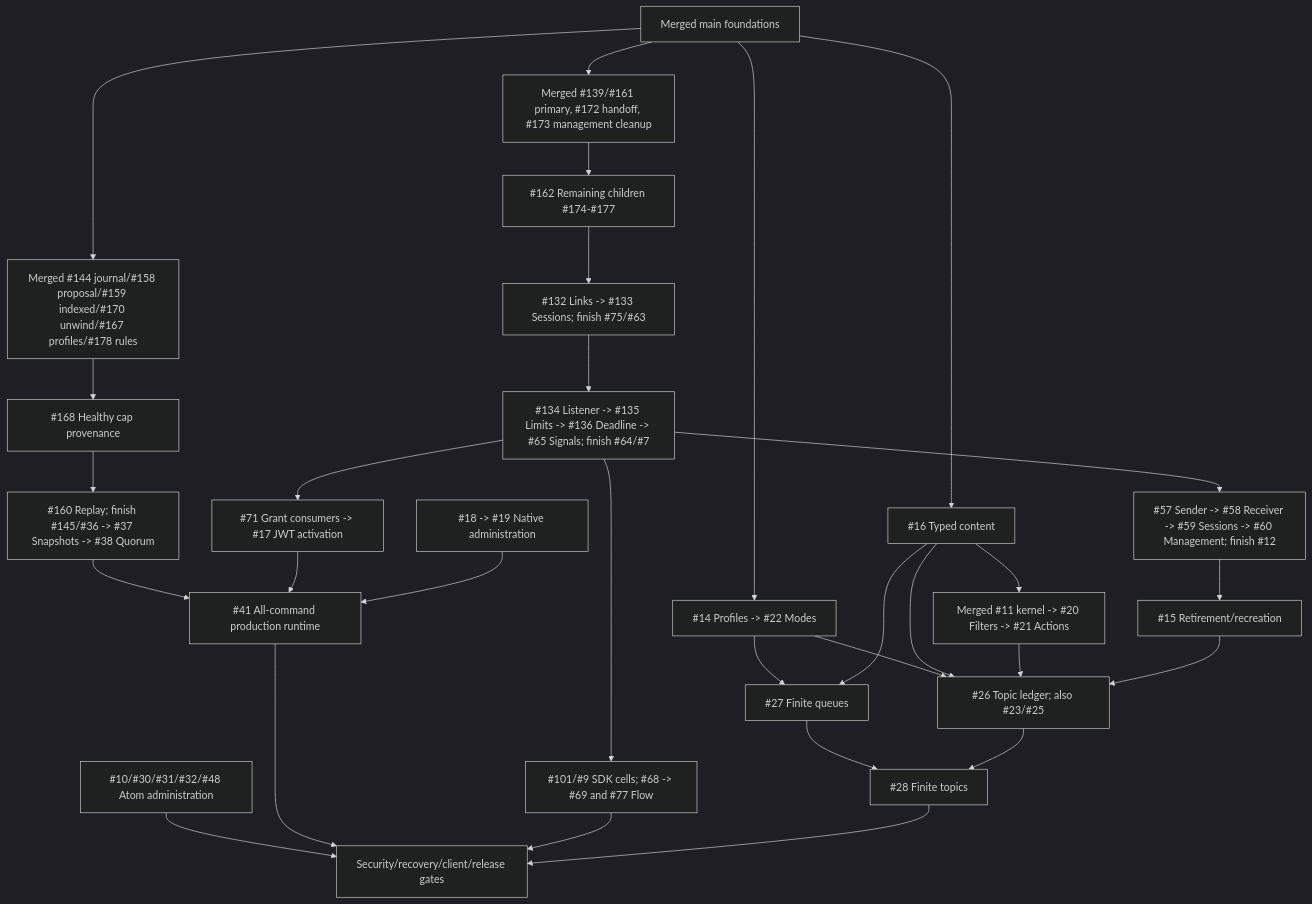
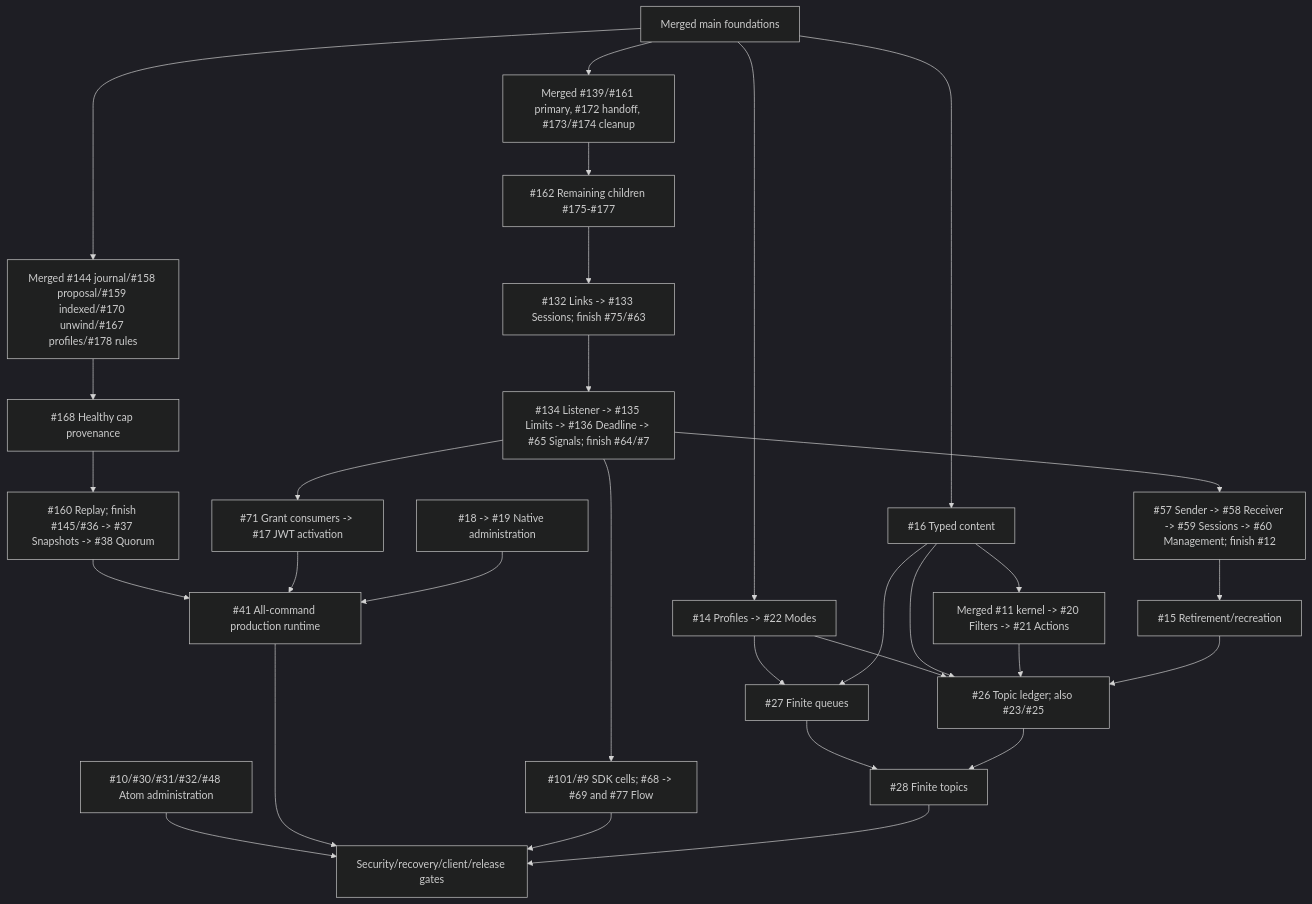
The diagram in docs/roadmap.md (DeandreT/switchyard), drawn with Mermaid (dark theme) before and after one commit. The commit also changed other lines of this file and 6 other files, not shown here.

````diff
--- a/docs/roadmap.md
+++ b/docs/roadmap.md
@@ -52,32 +53,32 @@
 ```mermaid
 flowchart TD
-    Main["Merged main foundations"] --> Lifecycle["Merged #139/#161 primary, #172 handoff, #173 management cleanup"]
-    Lifecycle --> Cleanup["#162 Remaining children #174-#177"]
+    Main["Merged main foundations"] --> Lifecycle["Merged #139/#161 primary, #172 handoff, #173/#174 cleanup"]
+    Lifecycle --> Cleanup["#162 Remaining children #175-#177"]
     Cleanup --> Families["#132 Links -> #133 Sessions; finish #75/#63"]
     Families --> Shutdown["#134 Listener -> #135 Limits -> #136 Deadline -> #65 Signals; finish #64/#7"]
     Shutdown --> Authority["#57 Sender -> #58 Receiver -> #59 Sessions -> #60 Management; finish #12"]
     Authority --> Delete["#15 Retirement/recreation"]
     Shutdown --> Grants["#71 Grant consumers -> #17 JWT activation"]
     Shutdown --> Clients["#101/#9 SDK cells; #68 -> #69 and #77 Flow"]
     Main --> Profiles["#14 Profiles -> #22 Modes"]
     Main --> Content["#16 Typed content"]
     Content --> Rules["Merged #11 kernel -> #20 Filters -> #21 Actions"]
     Profiles --> Queues["#27 Finite queues"]
     Content --> Queues
     Profiles --> Ledger["#26 Topic ledger; also #23/#25"]
     Content --> Ledger
     Rules --> Ledger
     Delete --> Ledger
     Queues --> Topics["#28 Finite topics"]
     Ledger --> Topics
     Main --> Durable["Merged #144 journal/#158 proposal/#159 indexed/#170 unwind/#167 profiles/#178 rules"]
     Durable --> Integrity["#168 Healthy cap provenance"]
     Integrity --> Replay["#160 Replay; finish #145/#36 -> #37 Snapshots -> #38 Quorum"]
     Replay --> Runtime["#41 All-command production runtime"]
     Grants --> Runtime
     Native["#18 -> #19 Native administration"] --> Runtime
     Atom["#10/#30/#31/#32/#48 Atom administration"] --> Gates["Security/recovery/client/release gates"]
     Runtime --> Gates
     Clients --> Gates
     Topics --> Gates
 ```
````
